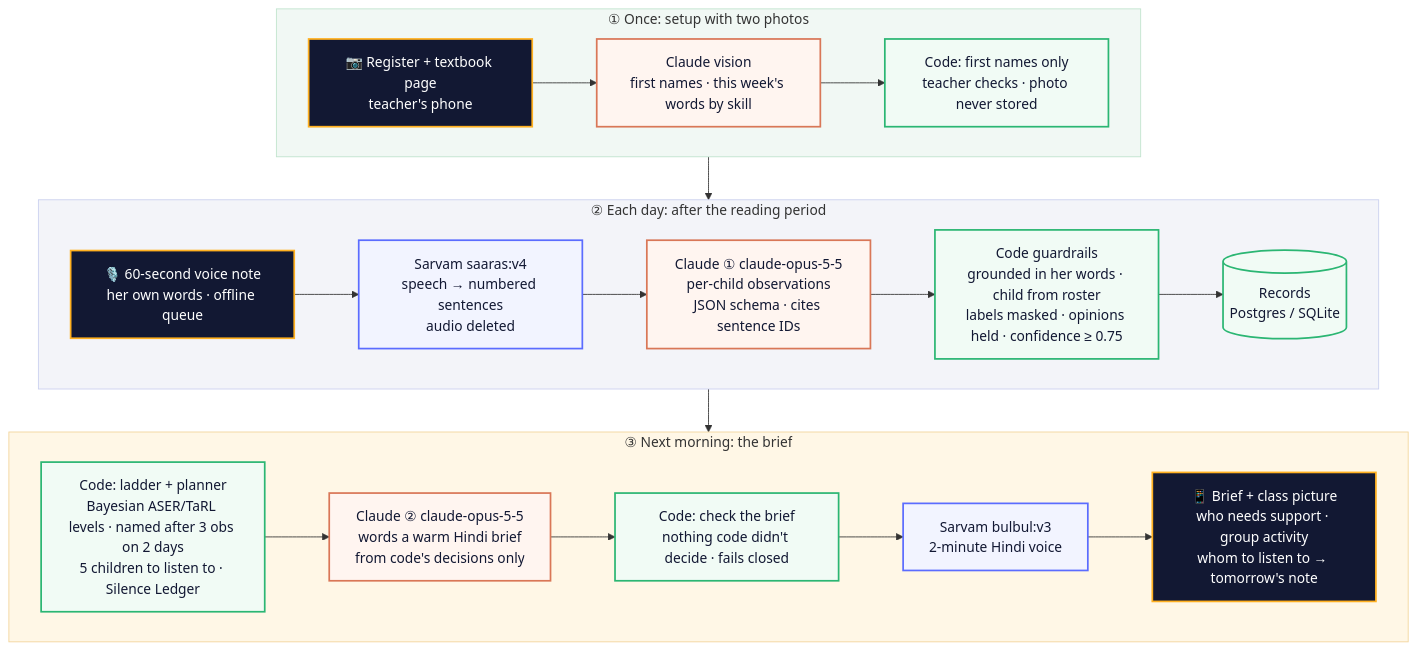
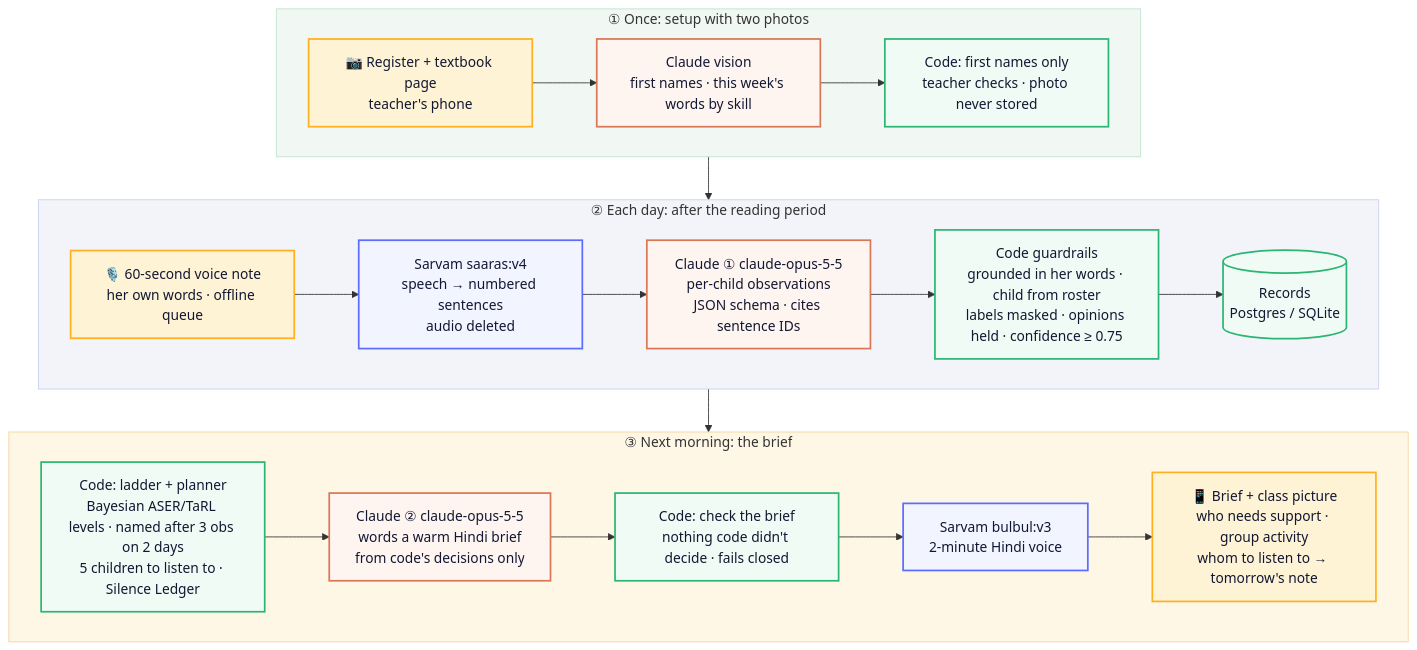
Before and after one commit to TusharTechs/suno: the diagram in README.md, drawn with Mermaid. The commit also changed 1 other file, not shown here.

Commit message:
Architecture diagrams: light teacher's-phone boxes instead of black

````diff
--- a/README.md
+++ b/README.md
@@ -71,35 +71,35 @@
 ```mermaid
 flowchart TB
   subgraph SETUP["① Once: setup with two photos"]
     direction LR
     P1["📷 Register + textbook page<br/>teacher's phone"] --> V["Claude vision<br/>first names · this week's words by skill"]
     V --> R["Code: first names only<br/>teacher checks · photo never stored"]
   end
   subgraph DAY["② Each day: after the reading period"]
     direction LR
     N["🎙️ 60-second voice note<br/>her own words · offline queue"] --> STT["Sarvam saaras:v4<br/>speech → numbered sentences<br/>audio deleted"]
     STT --> C1["Claude ① claude-opus-5-5<br/>per-child observations<br/>JSON schema · cites sentence IDs"]
     C1 --> G["Code guardrails<br/>grounded in her words · child from roster<br/>labels masked · opinions held · confidence ≥ 0.75"]
     G --> DB[("Records<br/>Postgres / SQLite")]
   end
   subgraph MORNING["③ Next morning: the brief"]
     direction LR
     L["Code: ladder + planner<br/>Bayesian ASER/TaRL levels · named after 3 obs on 2 days<br/>5 children to listen to · Silence Ledger"] --> C2["Claude ② claude-opus-5-5<br/>words a warm Hindi brief<br/>from code's decisions only"]
     C2 --> BC["Code: check the brief<br/>nothing code didn't decide · fails closed"]
     BC --> TTS["Sarvam bulbul:v3<br/>2-minute Hindi voice"]
     TTS --> T["📱 Brief + class picture<br/>who needs support · group activity<br/>whom to listen to → tomorrow's note"]
   end
   SETUP --> DAY
   DAY --> MORNING
   classDef claude fill:#FFF5F0,stroke:#D97757,stroke-width:2px,color:#121833;
   classDef sarvam fill:#F2F4FF,stroke:#5B6CFF,stroke-width:2px,color:#121833;
   classDef code fill:#F1FBF5,stroke:#2BB673,stroke-width:2px,color:#121833;
-  classDef phone fill:#121833,stroke:#FFB020,stroke-width:2px,color:#ffffff;
+  classDef phone fill:#FFF3D6,stroke:#FFB020,stroke-width:2px,color:#121833;
   class V,C1,C2 claude
   class STT,TTS sarvam
   class R,G,L,BC,DB code
   class P1,N,T phone
   style SETUP fill:#F1F8F4,stroke:#BFE3CC
   style DAY fill:#F3F4F9,stroke:#C9CFEE
   style MORNING fill:#FFF7E6,stroke:#F2D49A
 ```
````
